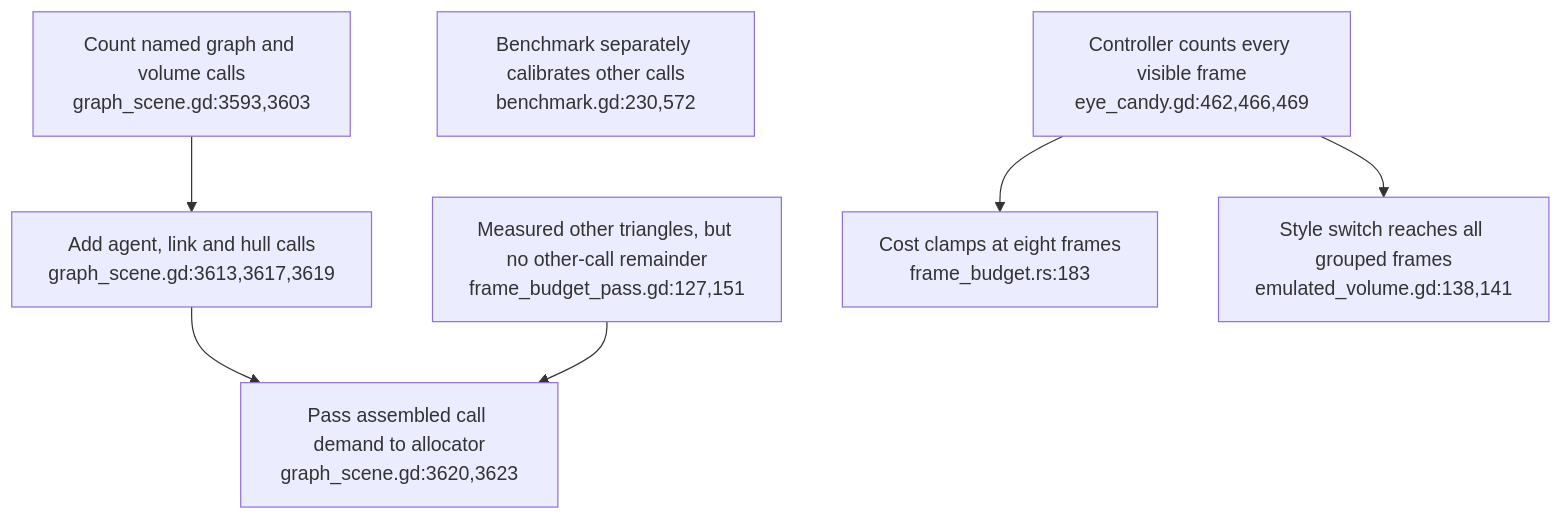
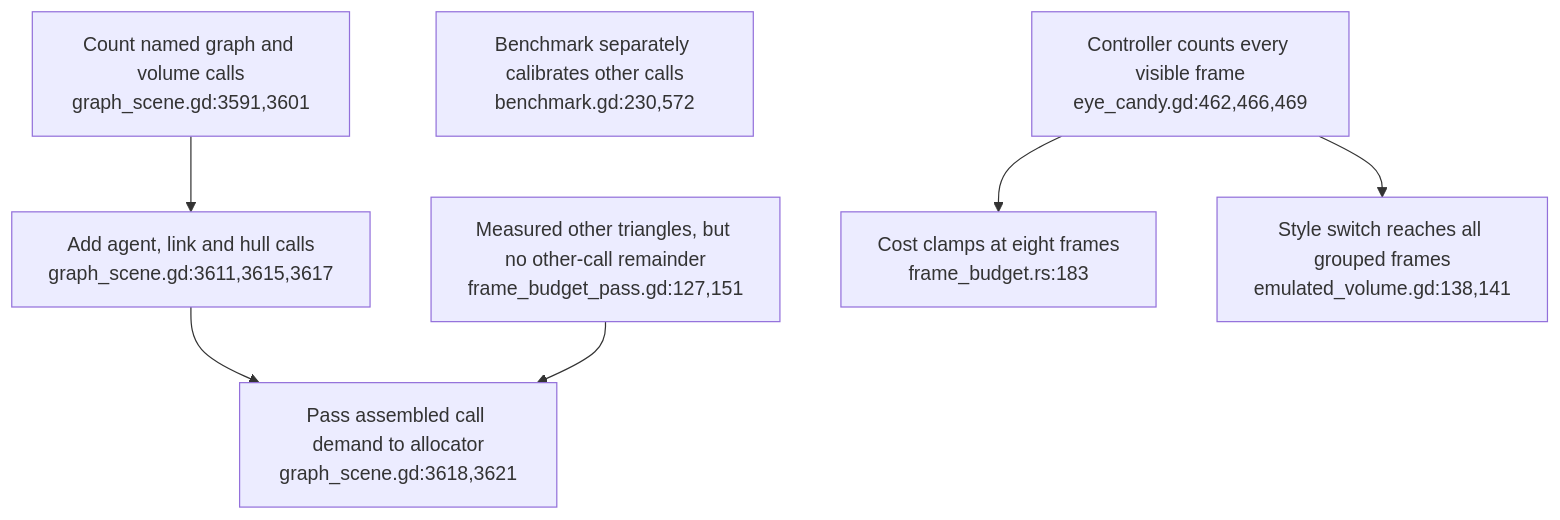
Before and after one commit to DreamLab-AI/VisionFlow: the second of 8 diagrams in docs/diagrams/visionclaw/51-xr-visual-budget-and-engine-gates.md, drawn with Mermaid. The commit also changed other lines of this file and 6 other files, not shown here.

First line of the commit message:
diagrams(visionclaw): re-verify VC-51..57 at visionclaw 4900ec60

````diff
--- a/docs/diagrams/visionclaw/51-xr-visual-budget-and-engine-gates.md
+++ b/docs/diagrams/visionclaw/51-xr-visual-budget-and-engine-gates.md
@@ -66,9 +66,9 @@
 ```mermaid
 flowchart TD
-    SCENE["Count named graph and volume calls<br/>graph_scene.gd:3593,3603"] --> CALLS["Add agent, link and hull calls<br/>graph_scene.gd:3613,3617,3619"]
-    CALLS --> INPUT["Pass assembled call demand to allocator<br/>graph_scene.gd:3620,3623"]
+    SCENE["Count named graph and volume calls<br/>graph_scene.gd:3591,3601"] --> CALLS["Add agent, link and hull calls<br/>graph_scene.gd:3611,3615,3617"]
+    CALLS --> INPUT["Pass assembled call demand to allocator<br/>graph_scene.gd:3618,3621"]
     OTHER["Measured other triangles, but no other-call remainder<br/>frame_budget_pass.gd:127,151"] --> INPUT
     BENCH["Benchmark separately calibrates other calls<br/>benchmark.gd:230,572"]
     VISIBLE["Controller counts every visible frame<br/>eye_candy.gd:462,466,469"] --> PRICE["Cost clamps at eight frames<br/>frame_budget.rs:183"]
     VISIBLE --> DRAW["Style switch reaches all grouped frames<br/>emulated_volume.gd:138,141"]
 ```
````
